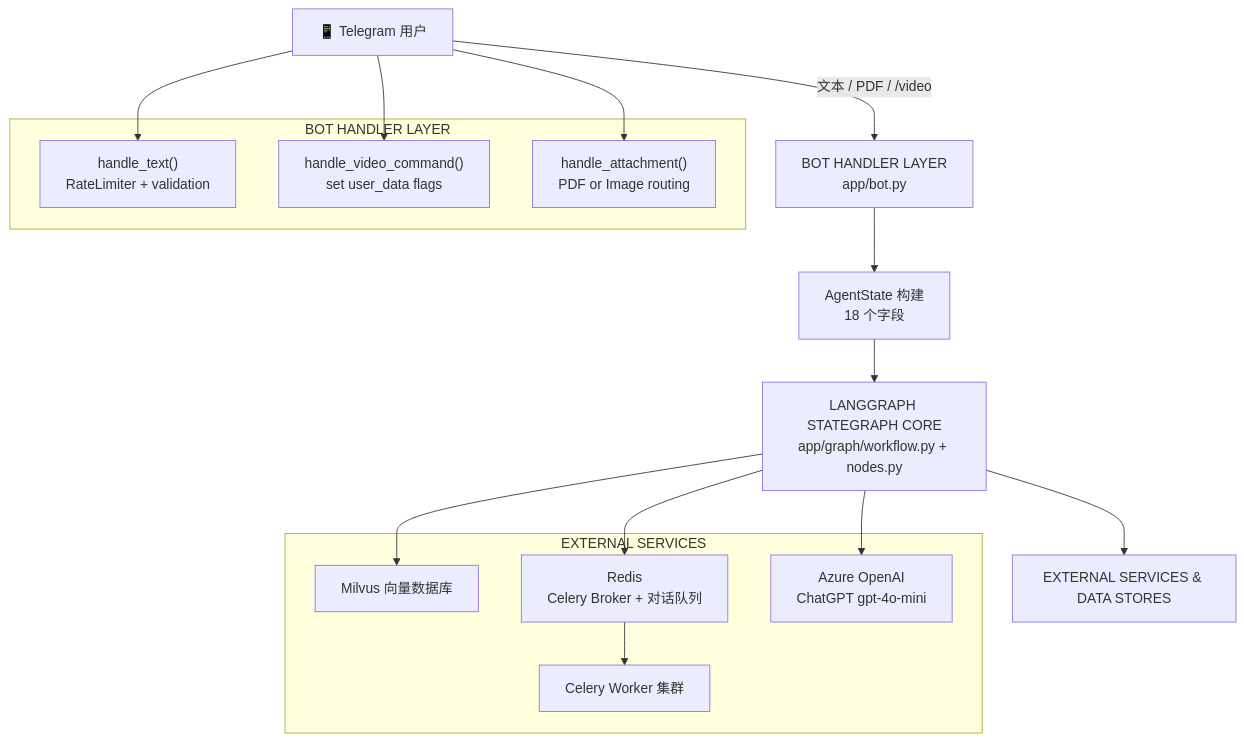
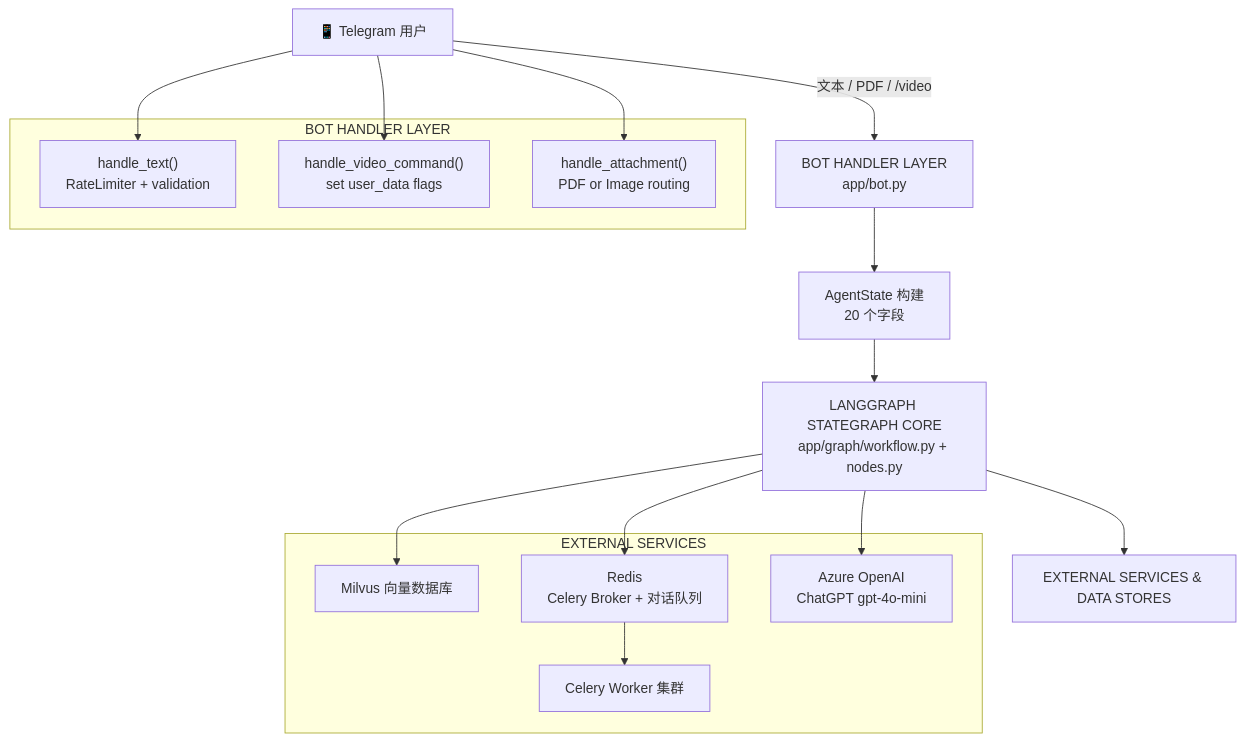
The first of 9 diagrams in 流程图.md (ravemelodic/Multi-functional_AI_Assistant), drawn with Mermaid before and after one commit. The commit also changed other lines of this file and 2 other files, not shown here.

````diff
--- a/流程图.md
+++ b/流程图.md
@@ -9,33 +9,33 @@
 ```mermaid
 flowchart TD
     User["📱 Telegram 用户"]
     Handler["BOT HANDLER LAYER<br/>app/bot.py"]
-    State["AgentState 构建<br/>18 个字段"]
+    State["AgentState 构建<br/>20 个字段"]
     Graph["LANGGRAPH STATEGRAPH CORE<br/>app/graph/workflow.py + nodes.py"]
     Services["EXTERNAL SERVICES & DATA STORES"]
 
     User -->|文本 / PDF / /video| Handler
     Handler --> State
     State --> Graph
     Graph --> Services
 
     subgraph HandlerDetail ["BOT HANDLER LAYER"]
         HT["handle_text()<br/>RateLimiter + validation"]
         HVC["handle_video_command()<br/>set user_data flags"]
         HA["handle_attachment()<br/>PDF or Image routing"]
     end
     User --> HT
     User --> HVC
     User --> HA
 
     subgraph ServicesDetail ["EXTERNAL SERVICES"]
         MilvusDB["Milvus 向量数据库"]
         Redis["Redis<br/>Celery Broker + 对话队列"]
         OpenAI["Azure OpenAI<br/>ChatGPT gpt-4o-mini"]
         Celery["Celery Worker 集群"]
     end
     Graph --> MilvusDB
     Graph --> OpenAI
     Graph --> Redis
     Redis --> Celery
 ```
````
